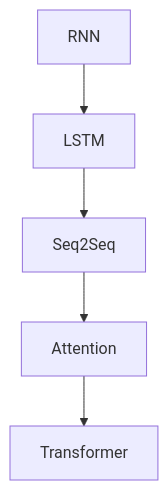
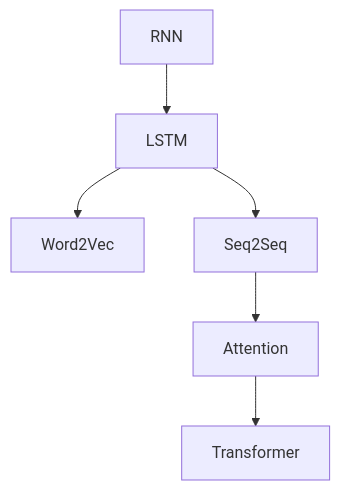
The second of 5 diagrams in doc/llm.md (ted-sharp/chatvox), drawn with Mermaid before and after one commit. The commit also changed other lines of this file, not shown here.

````diff
--- a/doc/llm.md
+++ b/doc/llm.md
@@ -54,5 +65,6 @@
 ```mermaid
 flowchart
 
-RNN --> LSTM --> Seq2Seq --> Attention --> Transformer
+RNN --> LSTM --> Word2Vec
+LSTM --> Seq2Seq --> Attention --> Transformer
 ```
````
